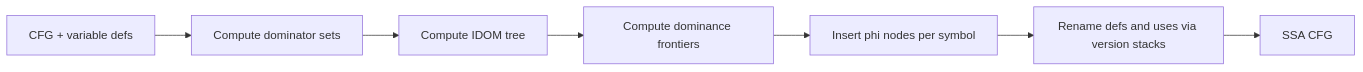
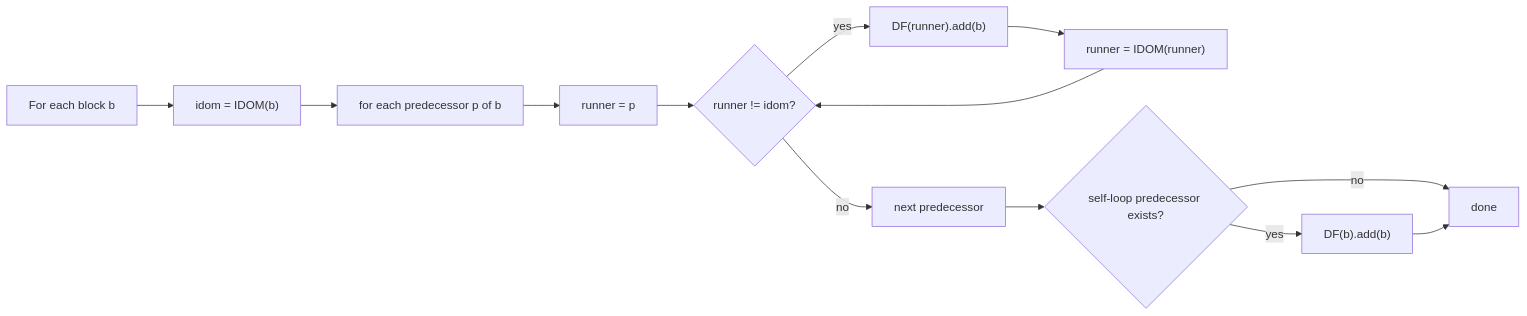
Before and after one commit to NitishM2022/MochaCompiler: the second of 3 diagrams in docs/architecture/ssa-conversion.md, drawn with Mermaid. The commit also changed other lines of this file and 62 other files, not shown here.

````diff
--- a/docs/architecture/ssa-conversion.md
+++ b/docs/architecture/ssa-conversion.md
@@ -11,9 +68,15 @@
 ```mermaid
 flowchart LR
-    A["CFG + variable defs"] --> B["Compute dominator sets"]
-    B --> C["Compute IDOM tree"]
-    C --> D["Compute dominance frontiers"]
-    D --> E["Insert phi nodes per symbol"]
-    E --> F["Rename defs and uses via version stacks"]
-    F --> G["SSA CFG"]
+    A["For each block b"] --> B["idom = IDOM(b)"]
+    B --> C["for each predecessor p of b"]
+    C --> D["runner = p"]
+    D --> E{"runner != idom?"}
+    E -- "yes" --> F["DF(runner).add(b)"]
+    F --> G["runner = IDOM(runner)"]
+    G --> E
+    E -- "no" --> H["next predecessor"]
+    H --> I{"self-loop predecessor exists?"}
+    I -- "yes" --> J["DF(b).add(b)"]
+    I -- "no" --> K["done"]
+    J --> K
 ```
````
